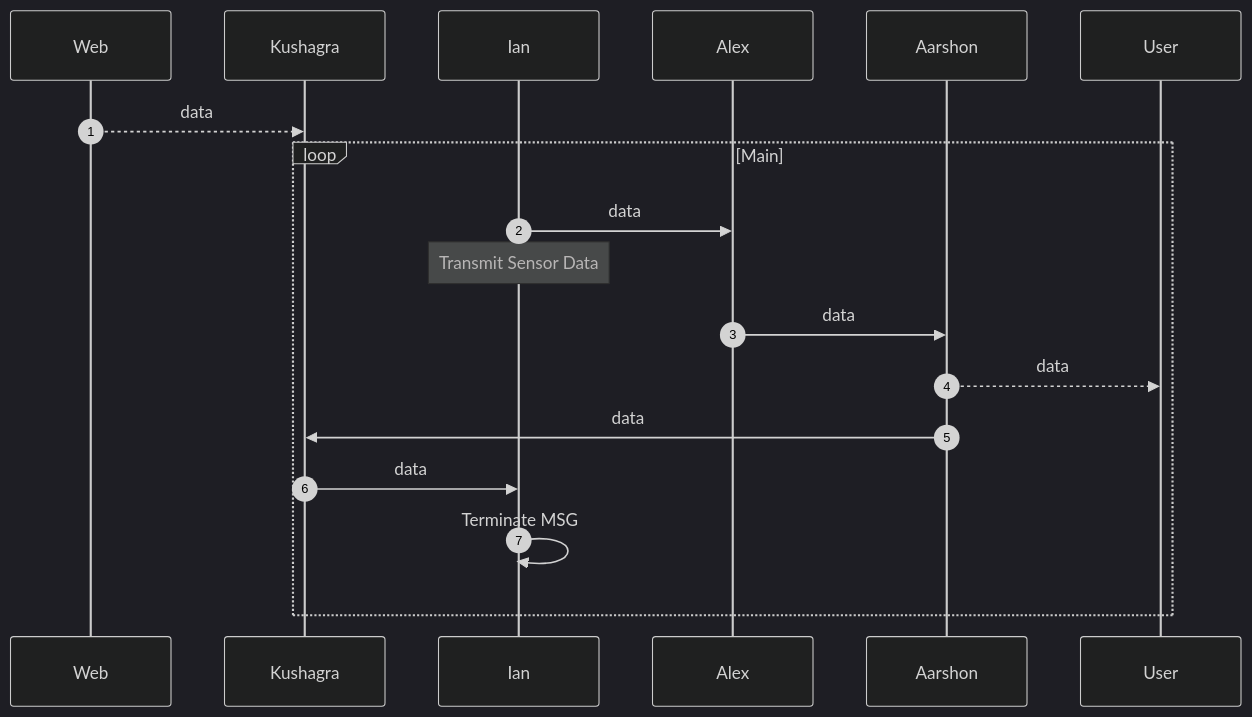
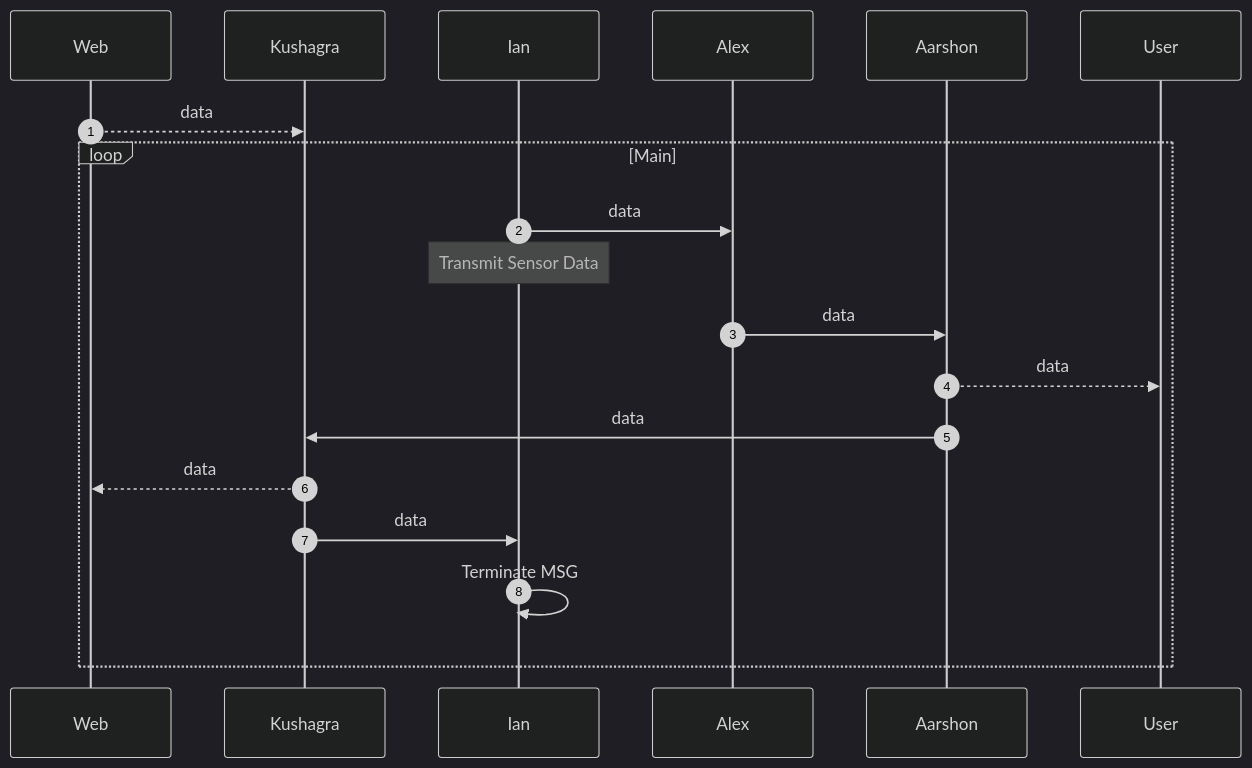
The diagram in docs/block.md (EGR314-2025-S-306/EGR314-Team306), drawn with Mermaid (dark theme) before and after one commit.

````diff
--- a/docs/block.md
+++ b/docs/block.md
@@ -11,14 +11,15 @@
 ``` mermaid
 sequenceDiagram
     autonumber
     Web-->>Kushagra: data
     loop Main
         Ian->>Alex: data
         Note over Ian: Transmit Sensor Data
         Alex->>Aarshon: data
         Aarshon-->>User: data
         Aarshon->>Kushagra: data
+        Kushagra-->>Web: data
         Kushagra->>Ian: data
         Ian->>Ian: Terminate MSG
     end
 ```
````
